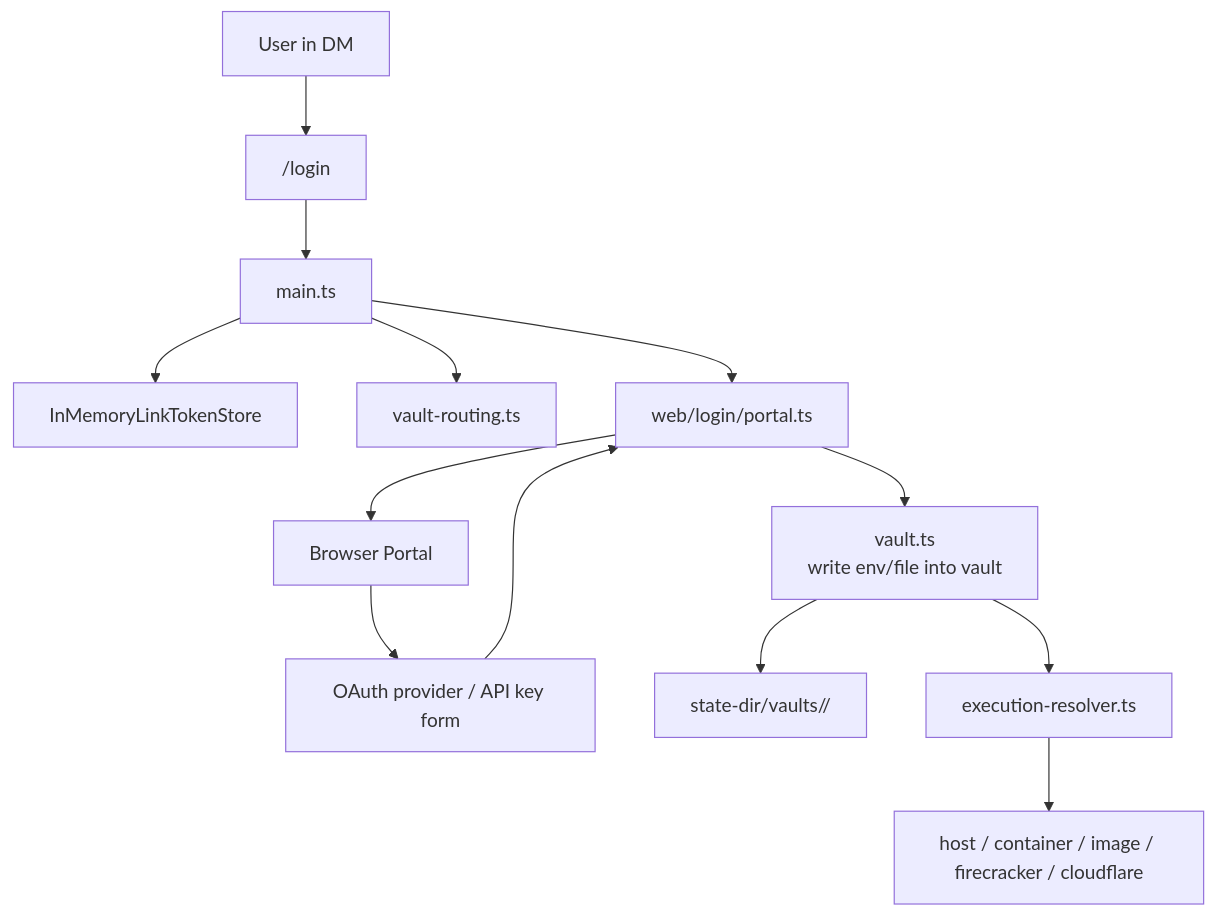
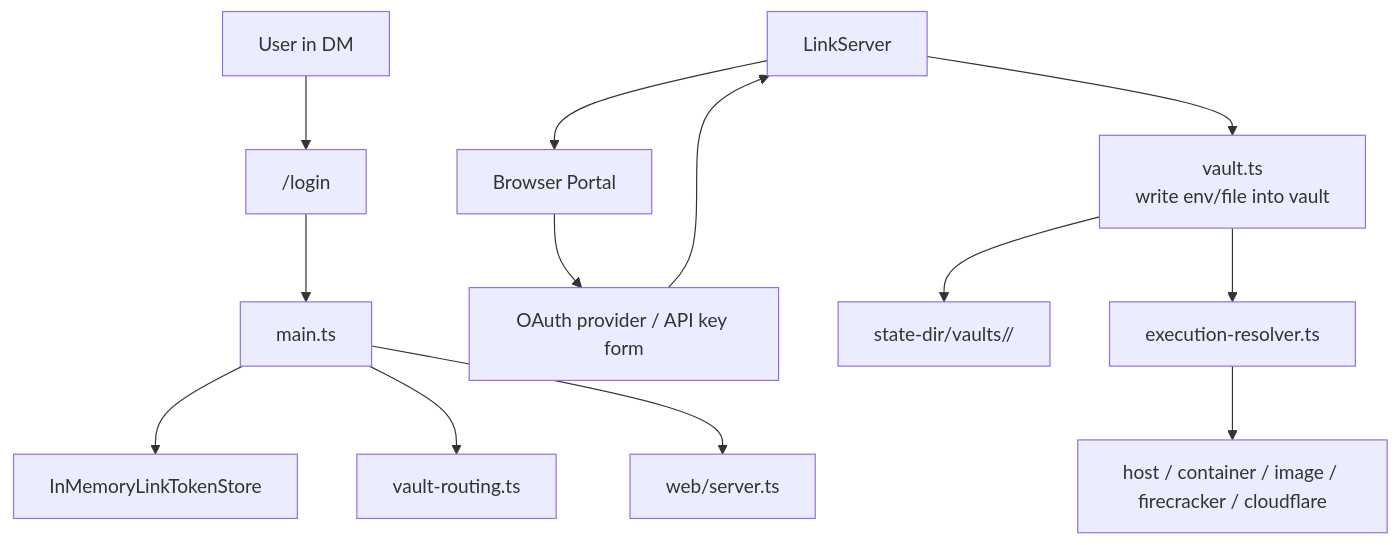
The second of 2 diagrams in src/content/docs/architecture.md (geminixiang/mikan), drawn with Mermaid before and after one commit. The commit also changed other lines of this file and 17 other files, not shown here.

````diff
--- a/src/content/docs/architecture.md
+++ b/src/content/docs/architecture.md
@@ -168,15 +168,15 @@
 ```mermaid
 flowchart TD
   User["User in DM"] --> LoginCmd["/login"]
   LoginCmd --> Main["main.ts"]
   Main --> LinkToken["InMemoryLinkTokenStore"]
   Main --> VaultRouting["vault-routing.ts"]
-  Main --> LinkServer["web/login/portal.ts"]
+  Main --> WebServer["web/server.ts"]
   LinkServer --> Browser["Browser Portal"]
   Browser --> OAuth["OAuth provider / API key form"]
   OAuth --> LinkServer
   LinkServer --> VaultManager["vault.ts\nwrite env/file into vault"]
   VaultManager --> VaultDir["state-dir/vaults/<vaultId>/"]
   VaultManager --> Resolver["execution-resolver.ts"]
   Resolver --> Sandbox["host / container / image / firecracker / cloudflare"]
 ```
````
